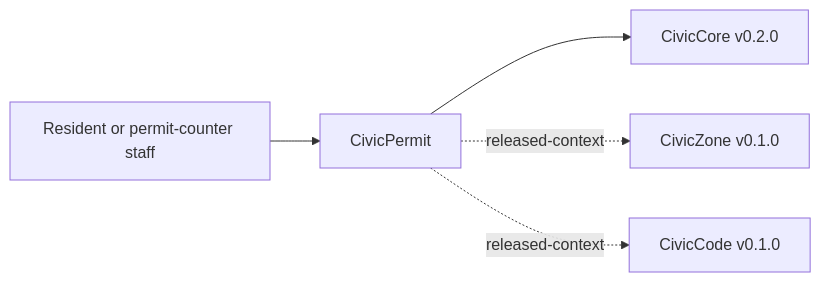
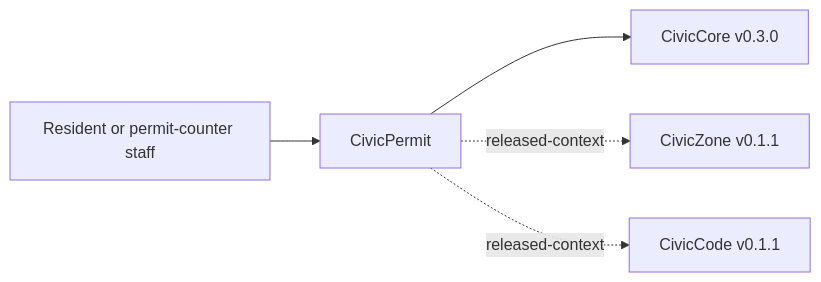
The diagram in USER-MANUAL.md (CivicSuite/civicpermit), drawn with Mermaid before and after one commit. The commit also changed other lines of this file and 24 other files, not shown here.

Commit message:
chore: align CivicPermit with civiccore v0.3.0 (#3)

````diff
--- a/USER-MANUAL.md
+++ b/USER-MANUAL.md
@@ -31,7 +31,7 @@
 ```mermaid
 flowchart LR
   PublicUser["Resident or permit-counter staff"] --> CivicPermit["CivicPermit"]
-  CivicPermit --> CivicCore["CivicCore v0.2.0"]
-  CivicPermit -. released-context .-> CivicZone["CivicZone v0.1.0"]
-  CivicPermit -. released-context .-> CivicCode["CivicCode v0.1.0"]
+  CivicPermit --> CivicCore["CivicCore v0.3.0"]
+  CivicPermit -. released-context .-> CivicZone["CivicZone v0.1.1"]
+  CivicPermit -. released-context .-> CivicCode["CivicCode v0.1.1"]
 ```
````
